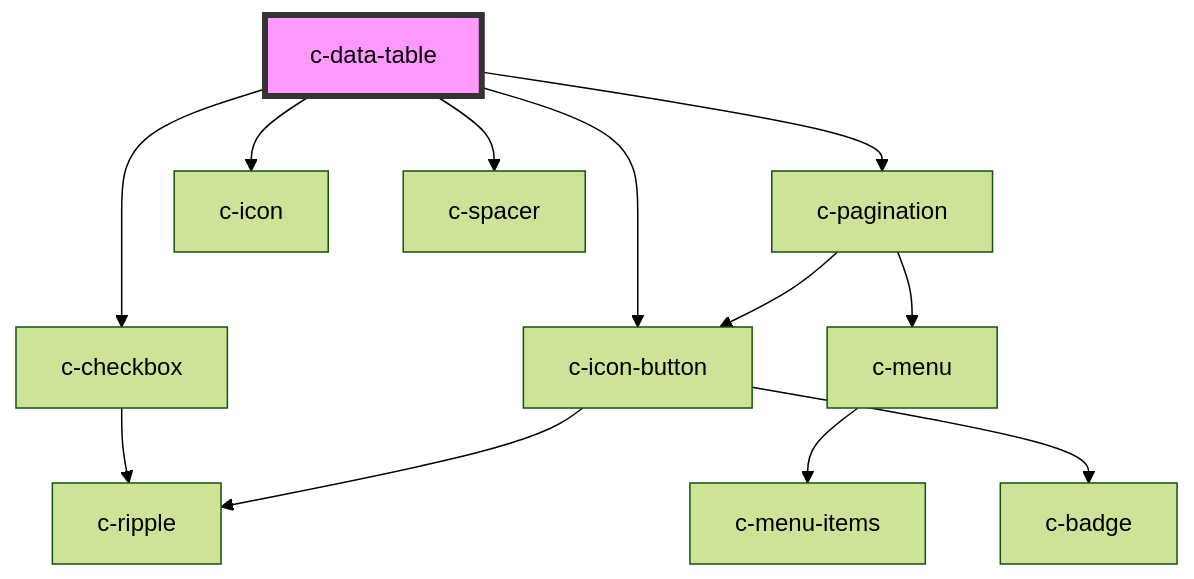
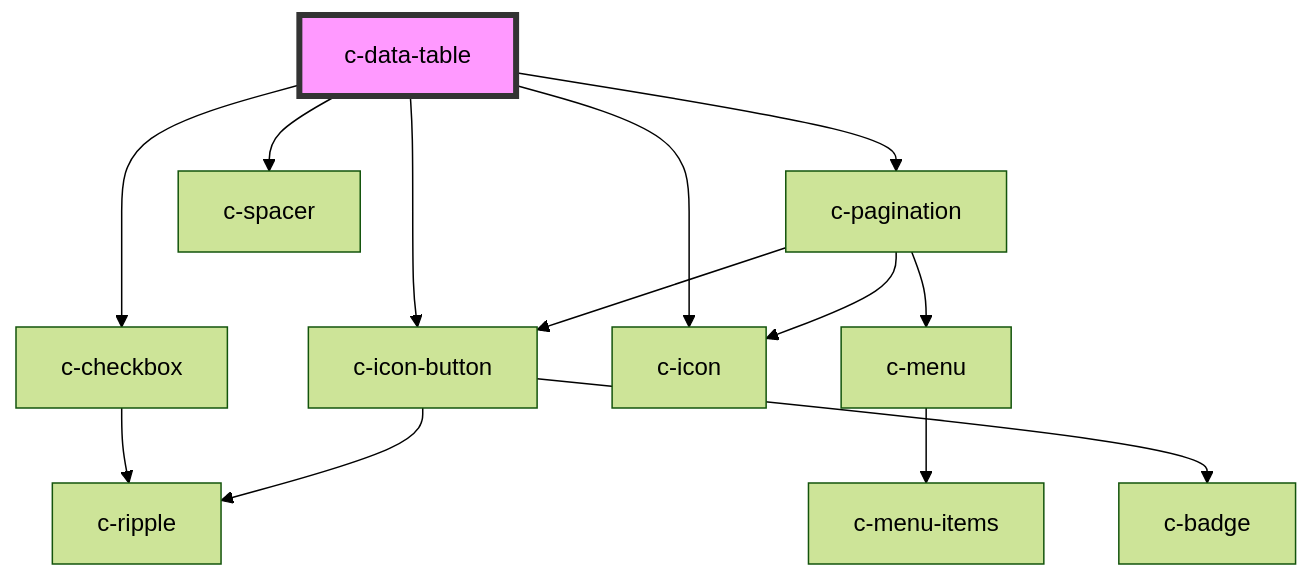
One commit to CSCfi/ui changed the diagram in packages/csc-ui/src/components/c-data-table/readme.md. Above: the diagram before and after it, drawn with Mermaid (forest theme). The commit also changed 22 other files, not shown here.

````diff
--- a/packages/csc-ui/src/components/c-data-table/readme.md
+++ b/packages/csc-ui/src/components/c-data-table/readme.md
@@ -75,15 +75,16 @@
 ```mermaid
 graph TD;
   c-data-table --> c-checkbox
   c-data-table --> c-pagination
   c-data-table --> c-icon-button
   c-data-table --> c-icon
   c-data-table --> c-spacer
   c-checkbox --> c-ripple
   c-pagination --> c-menu
   c-pagination --> c-icon-button
+  c-pagination --> c-icon
   c-menu --> c-menu-items
   c-icon-button --> c-badge
   c-icon-button --> c-ripple
   style c-data-table fill:#f9f,stroke:#333,stroke-width:4px
 ```
````
